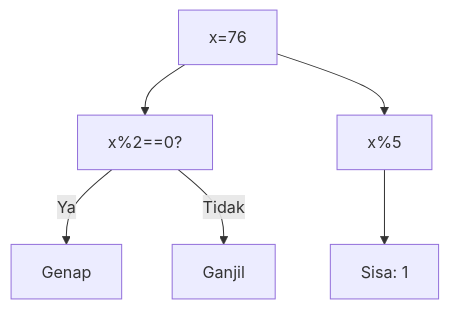
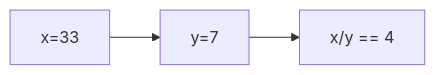
Before and after one commit to amnahwaida/OSNK_INF_PREP: diagram 16 of 25 in part-c-pemahaman-cpp/01-tipe-data/latihan/set-04.md, drawn with Mermaid. The commit also changed other lines of this file and 71 other files, not shown here.

````diff
--- a/part-c-pemahaman-cpp/01-tipe-data/latihan/set-04.md
+++ b/part-c-pemahaman-cpp/01-tipe-data/latihan/set-04.md
@@ -459,8 +427,5 @@
 ```mermaid
-graph TD
-A["x=76"] --> B["x%2==0?"]
-B -- Ya --> C["Genap"]
-B -- Tidak --> D["Ganjil"]
-A --> E["x%5"]
-E --> F["Sisa: 1"]
+graph LR
+A["x=33"] --> B["y=7"]
+B --> C["x/y == 4"]
 ```
````
